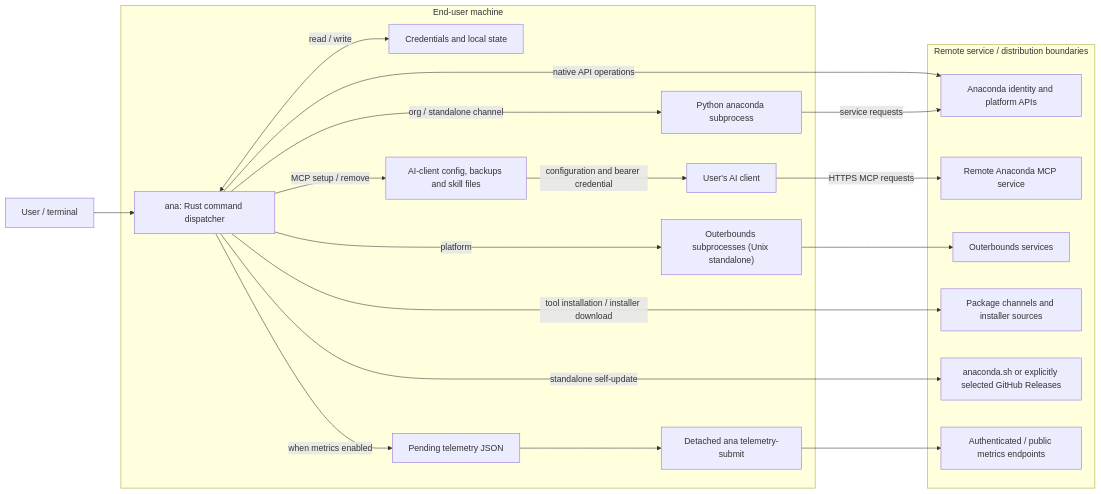
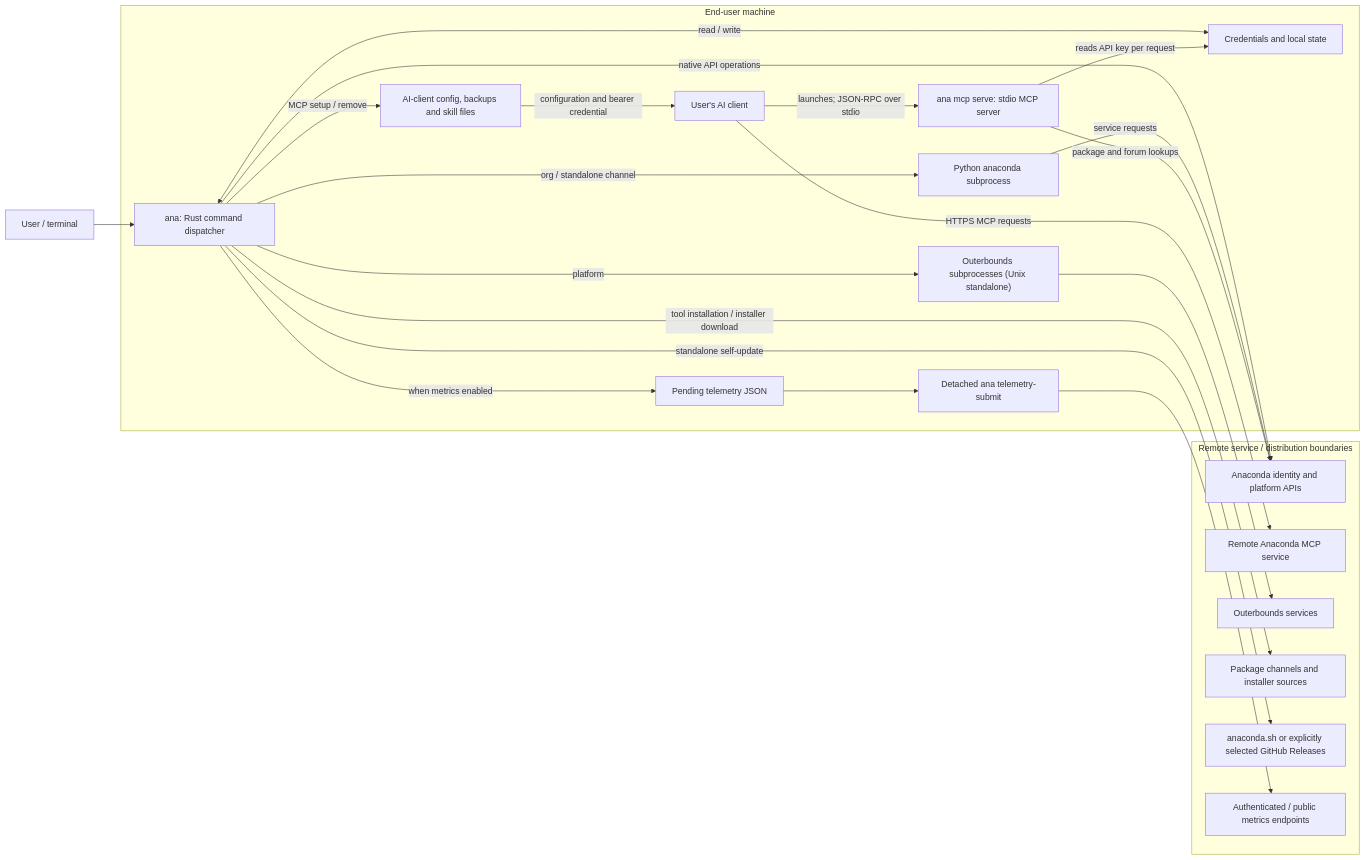
Before and after one commit to anaconda/anaconda-cli: the first of 5 diagrams in docs/architecture.md, drawn with Mermaid. The commit also changed other lines of this file and 20 other files, not shown here.

First line of the commit message:
feat: Add ana mcp serve stdio MCP server

````diff
--- a/docs/architecture.md
+++ b/docs/architecture.md
@@ -19,37 +19,41 @@
 ```mermaid
 flowchart LR
     USER["User / terminal"]
     subgraph HOST["End-user machine"]
         ANA["ana: Rust command dispatcher"]
         STATE["Credentials and local state"]
         PY["Python anaconda subprocess"]
         OB["Outerbounds subprocesses (Unix standalone)"]
         AICFG["AI-client config, backups and skill files"]
         AICLIENT["User's AI client"]
+        SERVE["ana mcp serve: stdio MCP server"]
         SPOOL["Pending telemetry JSON"]
         SUBMIT["Detached ana telemetry-submit"]
     end
     subgraph SERVICES["Remote service / distribution boundaries"]
         API["Anaconda identity and platform APIs"]
         MCP["Remote Anaconda MCP service"]
         OBAPI["Outerbounds services"]
         PKGS["Package channels and installer sources"]
         RELEASES["anaconda.sh or explicitly selected GitHub Releases"]
         METRICS["Authenticated / public metrics endpoints"]
     end
     USER --> ANA
     ANA <-->|"read / write"| STATE
     ANA -->|"native API operations"| API
     ANA -->|"org / standalone channel"| PY
     PY -->|"service requests"| API
     ANA -->|"platform"| OB
     OB --> OBAPI
     ANA -->|"tool installation / installer download"| PKGS
     ANA -->|"standalone self-update"| RELEASES
     ANA -->|"MCP setup / remove"| AICFG
     AICFG -->|"configuration and bearer credential"| AICLIENT
     AICLIENT -->|"HTTPS MCP requests"| MCP
+    AICLIENT -->|"launches; JSON-RPC over stdio"| SERVE
+    SERVE -->|"reads API key per request"| STATE
+    SERVE -->|"package and forum lookups"| API
     ANA -->|"when metrics enabled"| SPOOL
     SPOOL --> SUBMIT
     SUBMIT --> METRICS
 ```
````
